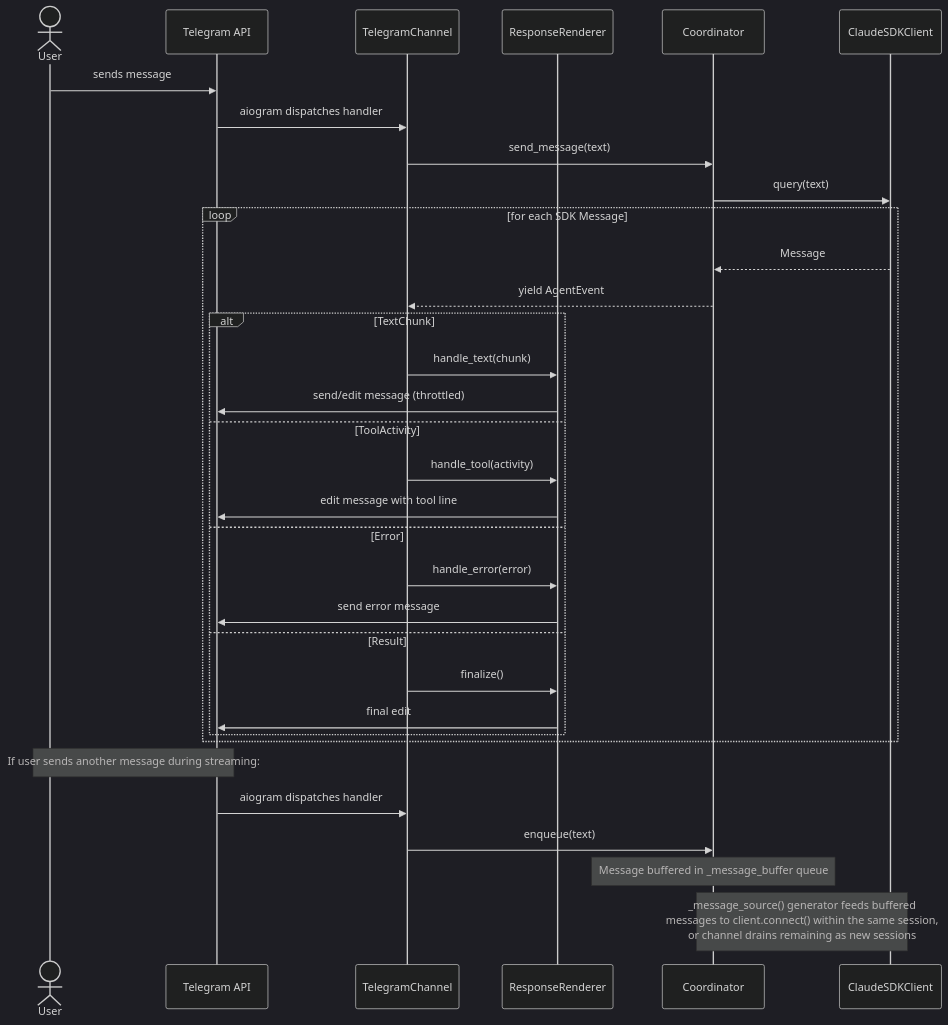
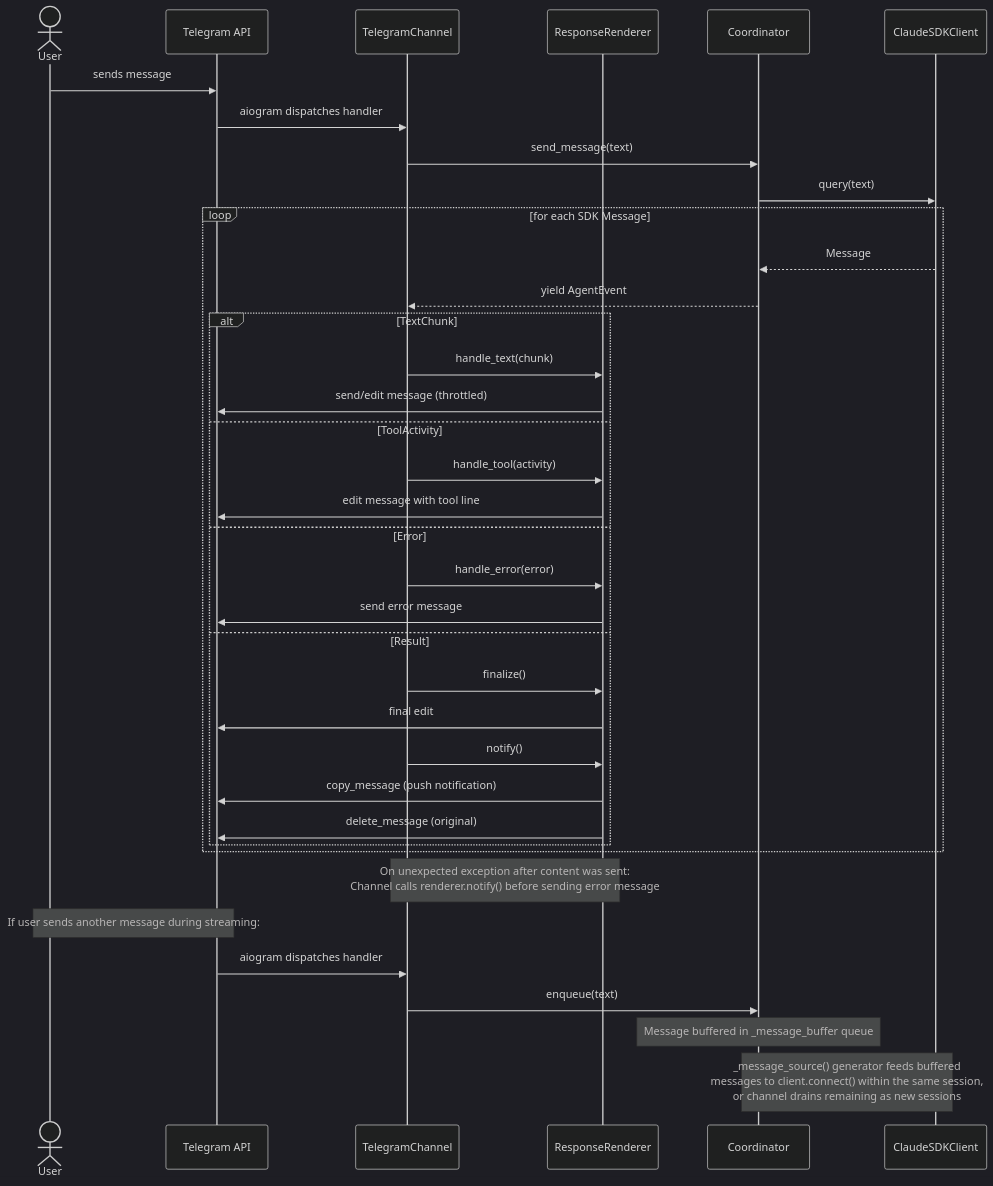
One commit to asermax/tachikoma changed the diagram in docs/feature-designs/channels/telegram.md. Above: the diagram before and after it, drawn with Mermaid (dark theme). The commit also changed other lines of this file and 3 other files, not shown here.

````diff
--- a/docs/feature-designs/channels/telegram.md
+++ b/docs/feature-designs/channels/telegram.md
@@ -100,39 +100,44 @@
 ```mermaid
 sequenceDiagram
     actor User
     participant TG as Telegram API
     participant Channel as TelegramChannel
     participant Renderer as ResponseRenderer
     participant Coord as Coordinator
     participant SDK as ClaudeSDKClient
 
     User->>TG: sends message
     TG->>Channel: aiogram dispatches handler
     Channel->>Coord: send_message(text)
     Coord->>SDK: query(text)
 
     loop for each SDK Message
         SDK-->>Coord: Message
         Coord-->>Channel: yield AgentEvent
 
         alt TextChunk
             Channel->>Renderer: handle_text(chunk)
             Renderer->>TG: send/edit message (throttled)
         else ToolActivity
             Channel->>Renderer: handle_tool(activity)
             Renderer->>TG: edit message with tool line
         else Error
             Channel->>Renderer: handle_error(error)
             Renderer->>TG: send error message
         else Result
             Channel->>Renderer: finalize()
             Renderer->>TG: final edit
+            Channel->>Renderer: notify()
+            Renderer->>TG: copy_message (push notification)
+            Renderer->>TG: delete_message (original)
         end
     end
+
+    Note over Channel,Renderer: On unexpected exception after content was sent:<br/>Channel calls renderer.notify() before sending error message
 
     Note over User,TG: If user sends another message during streaming:
     TG->>Channel: aiogram dispatches handler
     Channel->>Coord: enqueue(text)
     Note over Coord: Message buffered in _message_buffer queue
     Note over Coord,SDK: _message_source() generator feeds buffered<br/>messages to client.connect() within the same session,<br/>or channel drains remaining as new sessions
 ```
````
